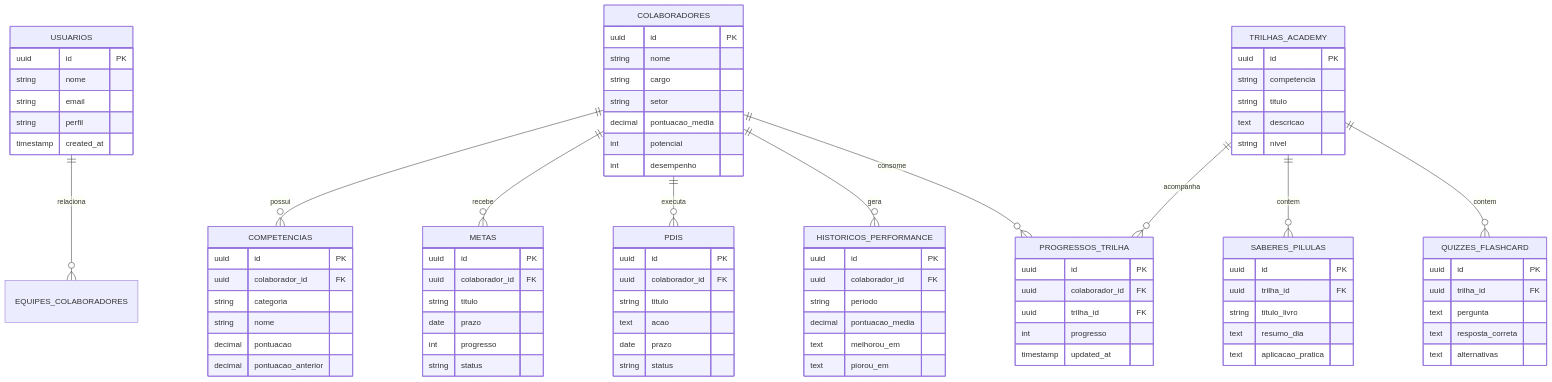
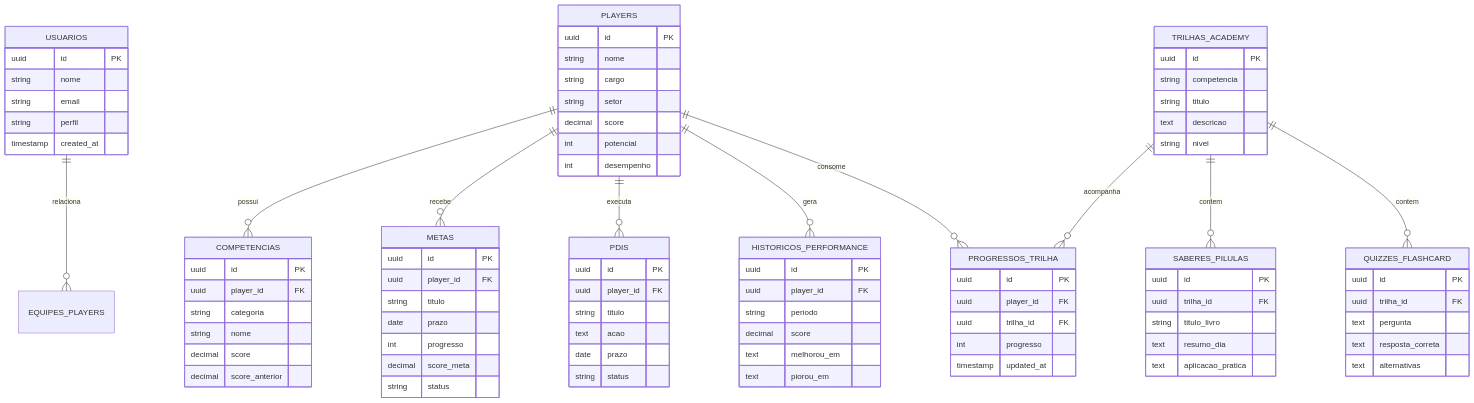
The third of 3 diagrams in .trae/documents/arquitetura-tecnica-atlas-performance.md (andrelssouza/gestao-desempenho), drawn with Mermaid before and after one commit. The commit also changed other lines of this file and 4 other files, not shown here.

````diff
--- a/.trae/documents/arquitetura-tecnica-atlas-performance.md
+++ b/.trae/documents/arquitetura-tecnica-atlas-performance.md
@@ -145,11 +147,11 @@
 ```mermaid
 erDiagram
-    USUARIOS ||--o{ EQUIPES_COLABORADORES : "relaciona"
-    COLABORADORES ||--o{ COMPETENCIAS : "possui"
-    COLABORADORES ||--o{ METAS : "recebe"
-    COLABORADORES ||--o{ PDIS : "executa"
-    COLABORADORES ||--o{ HISTORICOS_PERFORMANCE : "gera"
-    COLABORADORES ||--o{ PROGRESSOS_TRILHA : "consome"
+    USUARIOS ||--o{ EQUIPES_PLAYERS : "relaciona"
+    PLAYERS ||--o{ COMPETENCIAS : "possui"
+    PLAYERS ||--o{ METAS : "recebe"
+    PLAYERS ||--o{ PDIS : "executa"
+    PLAYERS ||--o{ HISTORICOS_PERFORMANCE : "gera"
+    PLAYERS ||--o{ PROGRESSOS_TRILHA : "consome"
     TRILHAS_ACADEMY ||--o{ SABERES_PILULAS : "contem"
     TRILHAS_ACADEMY ||--o{ QUIZZES_FLASHCARD : "contem"
     TRILHAS_ACADEMY ||--o{ PROGRESSOS_TRILHA : "acompanha"
@@ -162,37 +164,38 @@
         timestamp created_at
     }
 
-    COLABORADORES {
+    PLAYERS {
         uuid id PK
         string nome
         string cargo
         string setor
-        decimal pontuacao_media
+        decimal score
         int potencial
         int desempenho
     }
 
     COMPETENCIAS {
         uuid id PK
-        uuid colaborador_id FK
+        uuid player_id FK
         string categoria
         string nome
-        decimal pontuacao
-        decimal pontuacao_anterior
+        decimal score
+        decimal score_anterior
     }
 
     METAS {
         uuid id PK
-        uuid colaborador_id FK
+        uuid player_id FK
         string titulo
         date prazo
         int progresso
+        decimal score_meta
         string status
     }
 
     PDIS {
         uuid id PK
-        uuid colaborador_id FK
+        uuid player_id FK
         string titulo
         text acao
         date prazo
@@ -201,9 +204,9 @@
 
     HISTORICOS_PERFORMANCE {
         uuid id PK
-        uuid colaborador_id FK
+        uuid player_id FK
         string periodo
-        decimal pontuacao_media
+        decimal score
         text melhorou_em
         text piorou_em
     }
@@ -234,7 +237,7 @@
 
     PROGRESSOS_TRILHA {
         uuid id PK
-        uuid colaborador_id FK
+        uuid player_id FK
         uuid trilha_id FK
         int progresso
         timestamp updated_at
````
